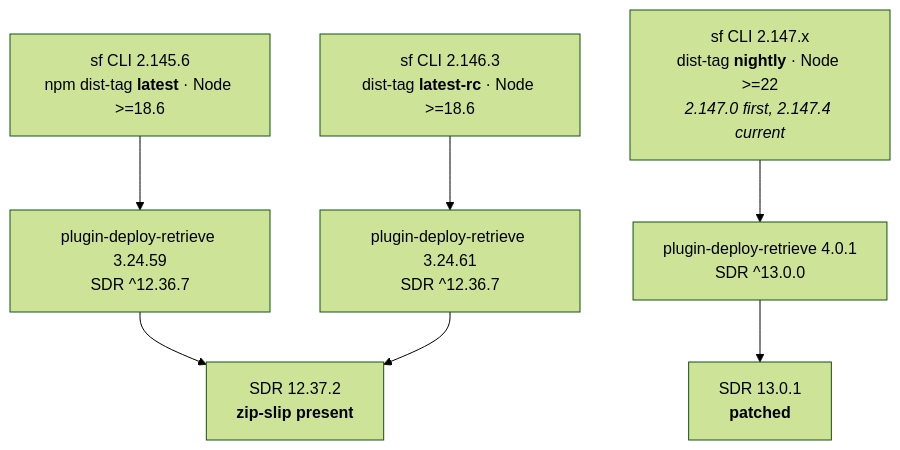
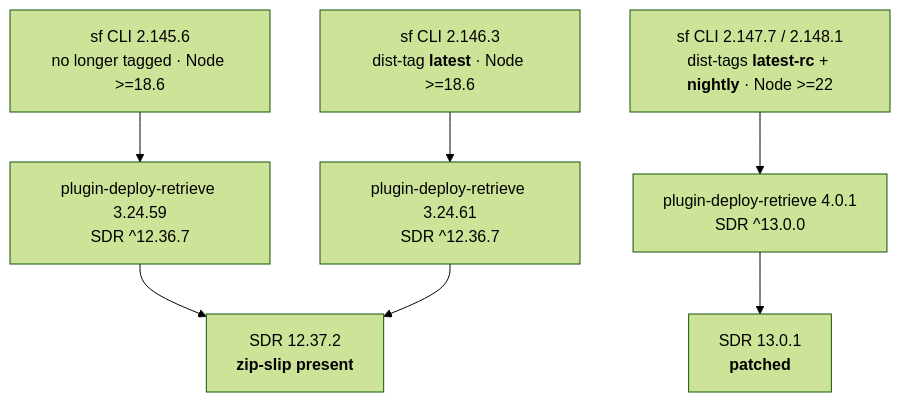
The second of 2 diagrams in AI_Data/05-release-radar/developer-tooling-and-apis.md (Daniel-Deepak-Dev/myLearning), drawn with Mermaid (forest theme) before and after one commit. The commit also changed other lines of this file and 12 other files, not shown here.

````diff
--- a/AI_Data/05-release-radar/developer-tooling-and-apis.md
+++ b/AI_Data/05-release-radar/developer-tooling-and-apis.md
@@ -145,9 +156,9 @@
 ```mermaid
 flowchart TD
-    A["sf CLI 2.145.6<br/>npm dist-tag <b>latest</b> · Node >=18.6"] --> B["plugin-deploy-retrieve 3.24.59<br/>SDR ^12.36.7"]
+    A["sf CLI 2.145.6<br/>no longer tagged · Node >=18.6"] --> B["plugin-deploy-retrieve 3.24.59<br/>SDR ^12.36.7"]
     B --> C["SDR 12.37.2<br/><b>zip-slip present</b>"]
-    D["sf CLI 2.146.3<br/>dist-tag <b>latest-rc</b> · Node >=18.6"] --> E["plugin-deploy-retrieve 3.24.61<br/>SDR ^12.36.7"]
+    D["sf CLI 2.146.3<br/>dist-tag <b>latest</b> · Node >=18.6"] --> E["plugin-deploy-retrieve 3.24.61<br/>SDR ^12.36.7"]
     E --> C
-    F["sf CLI 2.147.x<br/>dist-tag <b>nightly</b> · Node >=22<br/><i>2.147.0 first, 2.147.4 current</i>"] --> G["plugin-deploy-retrieve 4.0.1<br/>SDR ^13.0.0"]
+    F["sf CLI 2.147.7 / 2.148.1<br/>dist-tags <b>latest-rc</b> + <b>nightly</b> · Node >=22"] --> G["plugin-deploy-retrieve 4.0.1<br/>SDR ^13.0.0"]
     G --> H["SDR 13.0.1<br/><b>patched</b>"]
 ```
````
